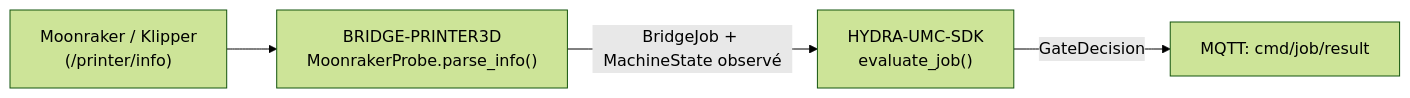
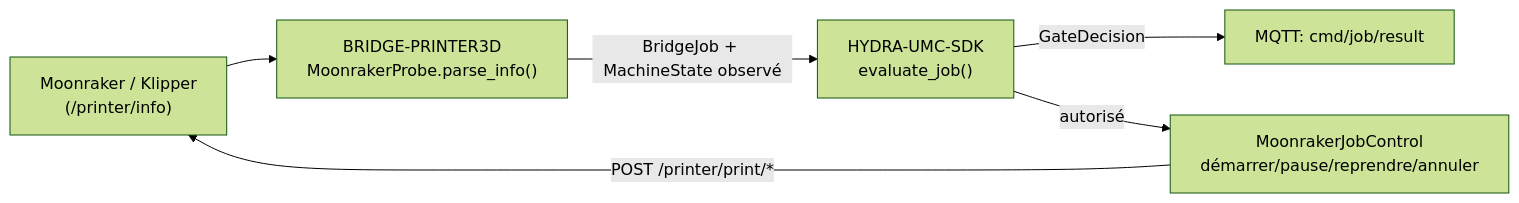
One commit to JuanenRac/HYDRA-UMC-BRIDGE-PRINTER3D changed the diagram in README_fra.md. Above: the diagram before and after it, drawn with Mermaid (forest theme). The commit also changed other lines of this file and 7 other files, not shown here.

Commit message:
List the global stop and real broker tests, complete the flow diagram in every language

````diff
--- a/README_fra.md
+++ b/README_fra.md
@@ -81,6 +81,8 @@
 ```mermaid
 flowchart LR
     PRINTER["Moonraker / Klipper<br/>(/printer/info)"] --> BRIDGE["BRIDGE-PRINTER3D<br/>MoonrakerProbe.parse_info()"]
     BRIDGE -- "BridgeJob + MachineState observé" --> SDK["HYDRA-UMC-SDK<br/>evaluate_job()"]
     SDK -- GateDecision --> RESULT["MQTT: cmd/job/result"]
+    SDK -- "autorisé" --> JOBCTRL["MoonrakerJobControl<br/>démarrer/pause/reprendre/annuler"]
+    JOBCTRL -- "POST /printer/print/*" --> PRINTER
 ```
````
